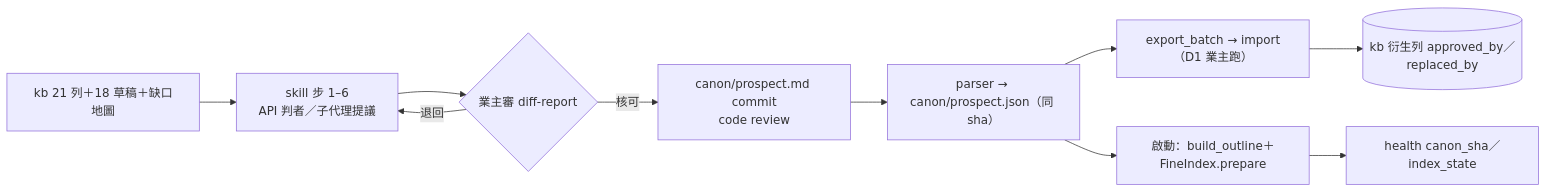
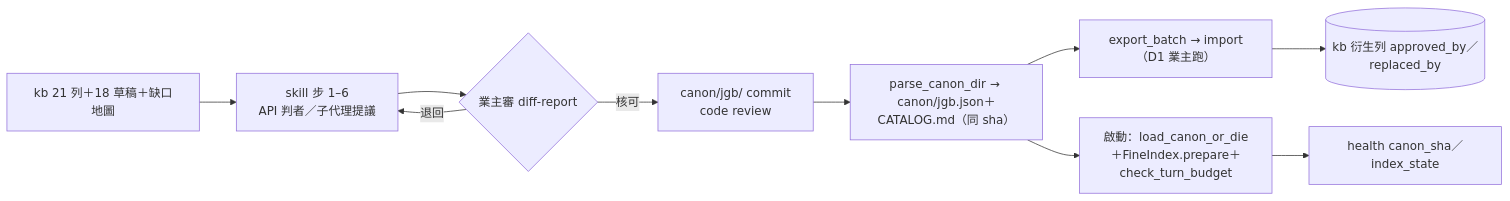
One commit to JGBlenny/AIChatbot changed the third of 3 diagrams in .kiro/specs/knowledge-outline-and-intent-architecture/design.md. Above: the diagram before and after it, drawn with Mermaid. The commit also changed other lines of this file and 632 other files, not shown here.

First line of the commit message:
feat(canon): 知識正本圖書館形態＋三層大綱（9.6～9.10 S1–S6，含 DSP-058／059／061／067–070）

````diff
--- a/.kiro/specs/knowledge-outline-and-intent-architecture/design.md
+++ b/.kiro/specs/knowledge-outline-and-intent-architecture/design.md
@@ -512,12 +501,12 @@
 ```mermaid
 flowchart LR
     A[kb 21 列＋18 草稿＋缺口地圖] --> B[skill 步 1–6<br/>API 判者／子代理提議]
     B --> C{業主審 diff-report}
-    C -- 核可 --> D[canon/prospect.md commit<br/>code review]
-    D --> E[parser → canon/prospect.json（同 sha）]
+    C -- 核可 --> D[canon/jgb/ commit<br/>code review]
+    D --> E[parse_canon_dir → canon/jgb.json＋CATALOG.md（同 sha）]
     E --> F[export_batch → import（D1 業主跑）]
-    E --> G[啟動：build_outline＋FineIndex.prepare]
+    E --> G[啟動：load_canon_or_die＋FineIndex.prepare＋check_turn_budget]
     F --> H[(kb 衍生列 approved_by／replaced_by)]
     G --> I[health canon_sha／index_state]
     C -- 退回 --> B
 ```
````
